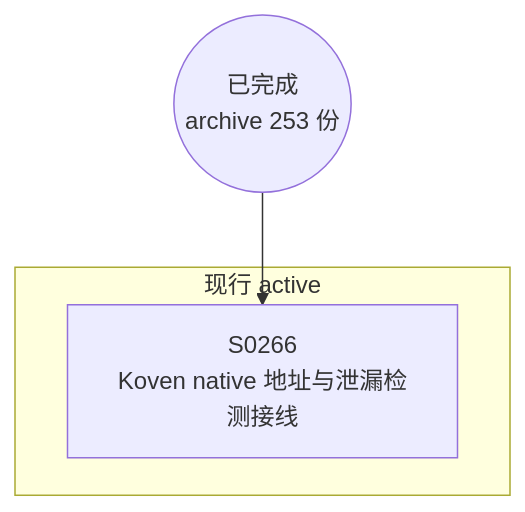
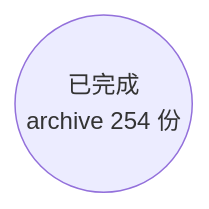
One commit to Halckon/Koven changed the diagram in docs/specs/dependency-graph.md. Above: the diagram before and after it, drawn with Mermaid. The commit also changed other lines of this file and 11 other files, not shown here.

````diff
--- a/docs/specs/dependency-graph.md
+++ b/docs/specs/dependency-graph.md
@@ -9,8 +9,4 @@
 ```mermaid
 flowchart TD
-ARCH(("已完成<br/>archive 253 份"))
-subgraph Gactive["现行 active"]
-  S0266["S0266<br/>Koven native 地址与泄漏检测接线"]
-end
-ARCH --> S0266
+ARCH(("已完成<br/>archive 254 份"))
 ```
````
